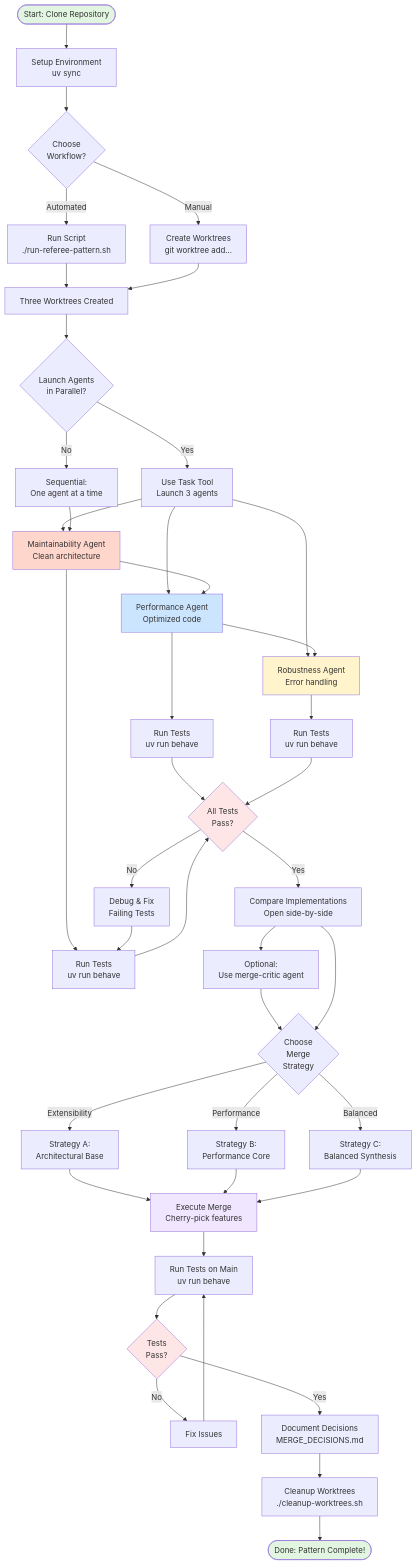
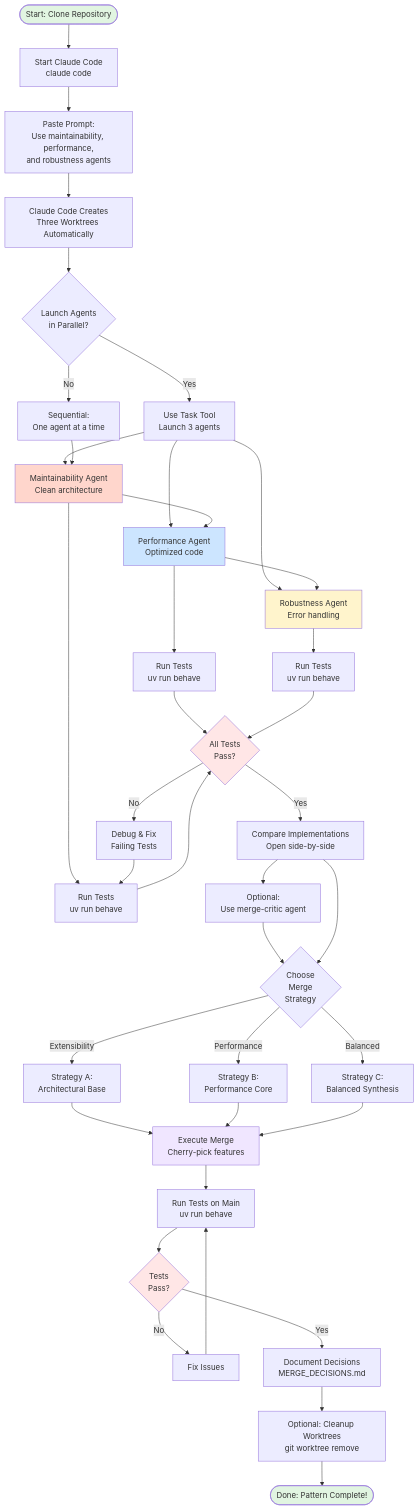
One commit to vibeacademy/referee-pattern changed the first of 9 diagrams in VISUAL_GUIDE.md. Above: the diagram before and after it, drawn with Mermaid. The commit also changed 6 other files, not shown here.

First line of the commit message:
refactor: simplify workflow by removing shell scripts and embracing Claude Code orchestration

````diff
--- a/VISUAL_GUIDE.md
+++ b/VISUAL_GUIDE.md
@@ -22,70 +22,66 @@
 ```mermaid
 flowchart TD
-    Start([Start: Clone Repository]) --> Setup[Setup Environment<br/>uv sync]
-    Setup --> Choose{Choose<br/>Workflow?}
+    Start([Start: Clone Repository]) --> Setup[Start Claude Code<br/>claude code]
+    Setup --> Prompt[Paste Prompt:<br/>Use maintainability, performance,<br/>and robustness agents]
 
-    Choose -->|Automated| Script[Run Script<br/>./run-referee-pattern.sh]
-    Choose -->|Manual| Manual[Create Worktrees<br/>git worktree add...]
-
-    Script --> Worktrees[Three Worktrees Created]
-    Manual --> Worktrees
+    Prompt --> Worktrees[Claude Code Creates<br/>Three Worktrees Automatically]
 
     Worktrees --> Parallel{Launch Agents<br/>in Parallel?}
 
     Parallel -->|Yes| TaskTool[Use Task Tool<br/>Launch 3 agents]
     Parallel -->|No| Sequential[Sequential:<br/>One agent at a time]
 
     TaskTool --> M[Maintainability Agent<br/>Clean architecture]
     TaskTool --> P[Performance Agent<br/>Optimized code]
     TaskTool --> R[Robustness Agent<br/>Error handling]
 
     Sequential --> M
     M --> P
     P --> R
 
     M --> Tests1[Run Tests<br/>uv run behave]
     P --> Tests2[Run Tests<br/>uv run behave]
     R --> Tests3[Run Tests<br/>uv run behave]
 
     Tests1 --> AllPass{All Tests<br/>Pass?}
     Tests2 --> AllPass
     Tests3 --> AllPass
 
     AllPass -->|No| Debug[Debug & Fix<br/>Failing Tests]
     Debug --> Tests1
 
     AllPass -->|Yes| Compare[Compare Implementations<br/>Open side-by-side]
 
     Compare --> Critic[Optional:<br/>Use merge-critic agent]
     Critic --> Strategy{Choose<br/>Merge<br/>Strategy}
     Compare --> Strategy
 
     Strategy -->|Extensibility| StratA[Strategy A:<br/>Architectural Base]
     Strategy -->|Performance| StratB[Strategy B:<br/>Performance Core]
     Strategy -->|Balanced| StratC[Strategy C:<br/>Balanced Synthesis]
 
     StratA --> Merge[Execute Merge<br/>Cherry-pick features]
     StratB --> Merge
     StratC --> Merge
 
     Merge --> FinalTest[Run Tests on Main<br/>uv run behave]
 
     FinalTest --> Pass{Tests<br/>Pass?}
     Pass -->|No| Fix[Fix Issues]
     Fix --> FinalTest
 
     Pass -->|Yes| Document[Document Decisions<br/>MERGE_DECISIONS.md]
 
-    Document --> Cleanup[Cleanup Worktrees<br/>./cleanup-worktrees.sh]
+    Document --> Cleanup[Optional: Cleanup Worktrees<br/>git worktree remove]
 
     Cleanup --> Done([Done: Pattern Complete!])
 
     style Start fill:#e1f5e1
     style Done fill:#e1f5e1
     style M fill:#ffd6cc
     style P fill:#cce5ff
     style R fill:#fff4cc
     style Merge fill:#f0e6ff
     style AllPass fill:#ffe6e6
     style Pass fill:#ffe6e6
 ```
````
